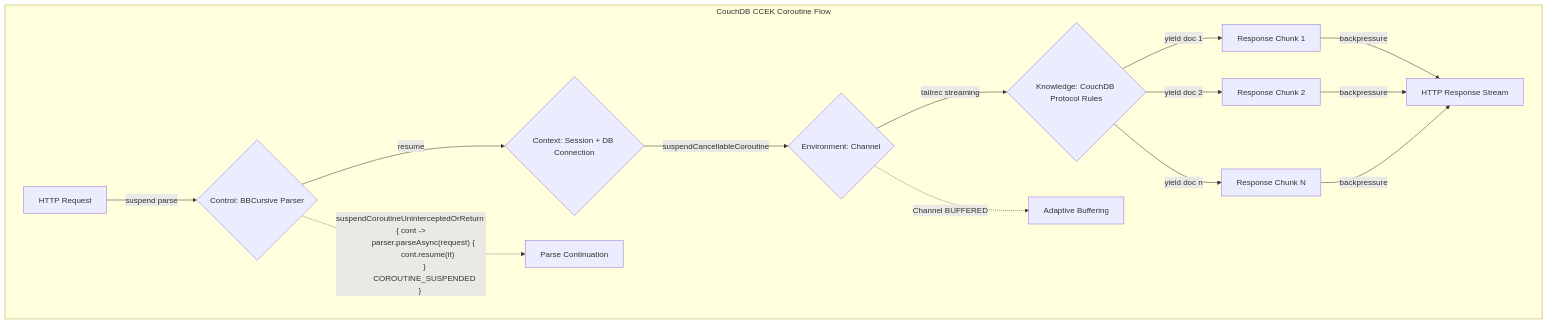
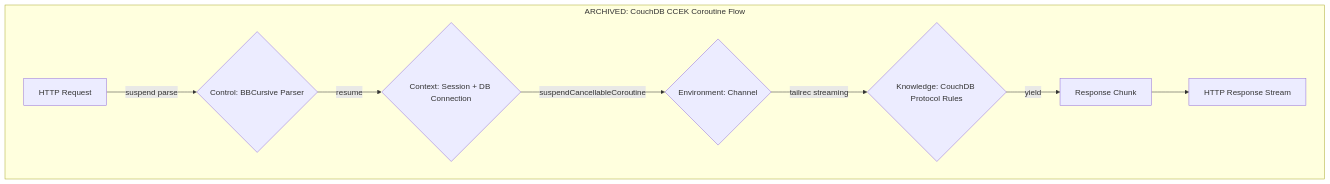
One commit to jnorthrup/superbikeshed changed the second of 3 diagrams in CHANNEL_CCEK_TODO.md. Above: the diagram before and after it, drawn with Mermaid. The commit also changed other lines of this file and 56 other files, not shown here.

````diff
--- a/CHANNEL_CCEK_TODO.md
+++ b/CHANNEL_CCEK_TODO.md
@@ -29,24 +26,10 @@
 ```mermaid
 flowchart TD
-    subgraph "CouchDB CCEK Coroutine Flow"
-        A[HTTP Request] -->|suspend parse| B{Control: BBCursive Parser}
-        B -->|resume| C{Context: Session + DB Connection}
-        C -->|suspendCancellableCoroutine| D{Environment: Channel<CouchDoc>}
-        D -->|tailrec streaming| E{Knowledge: CouchDB Protocol Rules}
-        
-        E -->|yield doc 1| F1[Response Chunk 1]
-        E -->|yield doc 2| F2[Response Chunk 2]
-        E -->|yield doc n| FN[Response Chunk N]
-        
-        F1 & F2 & FN -->|backpressure| G[HTTP Response Stream] 
-        
-        B -.->|"""suspendCoroutineUninterceptedOrReturn { cont ->
-            parser.parseAsync(request) { 
-                cont.resume(it) 
-            }
-            COROUTINE_SUSPENDED
-        }"""| BP[Parse Continuation]
-        
-        D -.->|Channel BUFFERED| DC[Adaptive Buffering]
-    end
+ subgraph "ARCHIVED: CouchDB CCEK Coroutine Flow"
+ A[HTTP Request] -->|suspend parse| B{Control: BBCursive Parser}
+ B -->|resume| C{Context: Session + DB Connection}
+ C -->|suspendCancellableCoroutine| D{Environment: Channel<CouchDoc>}
+ D -->|tailrec streaming| E{Knowledge: CouchDB Protocol Rules}
+ E -->|yield| F[Response Chunk] --> G[HTTP Response Stream] 
+ end
 ```
````
